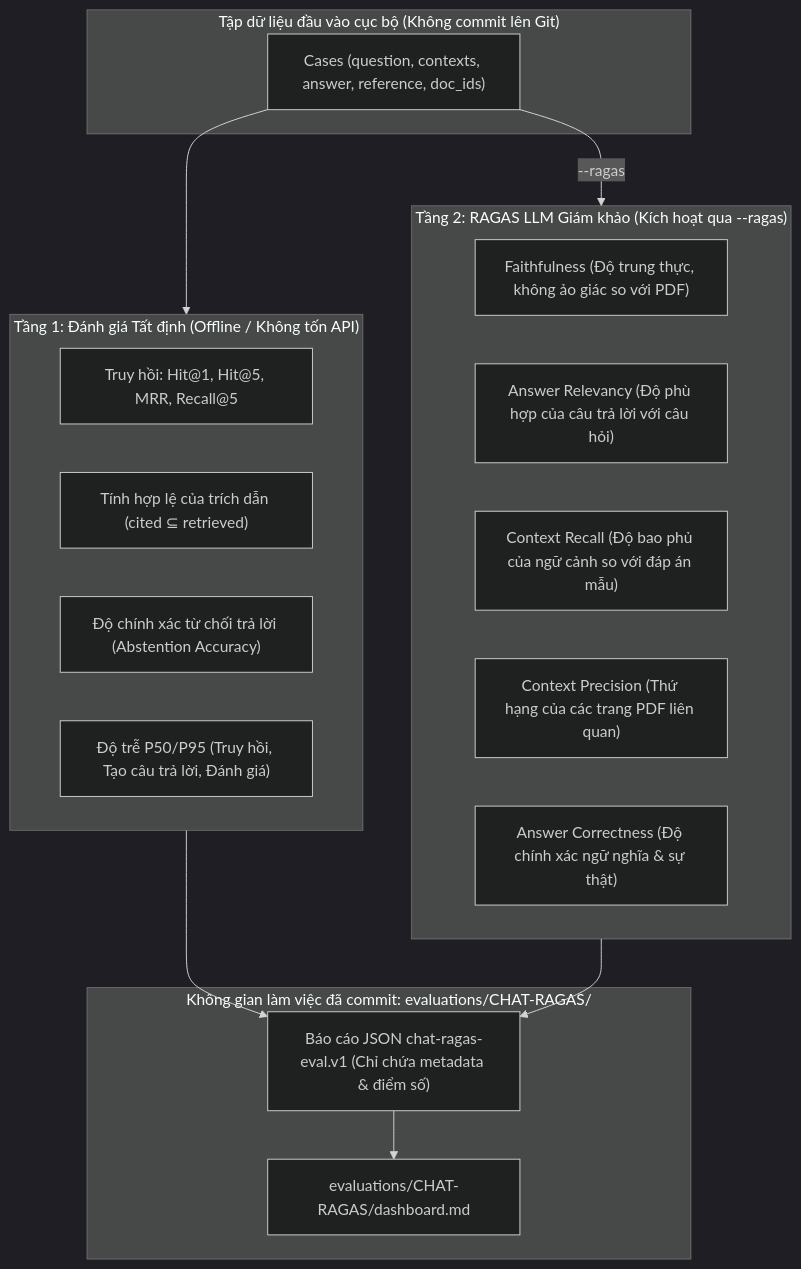
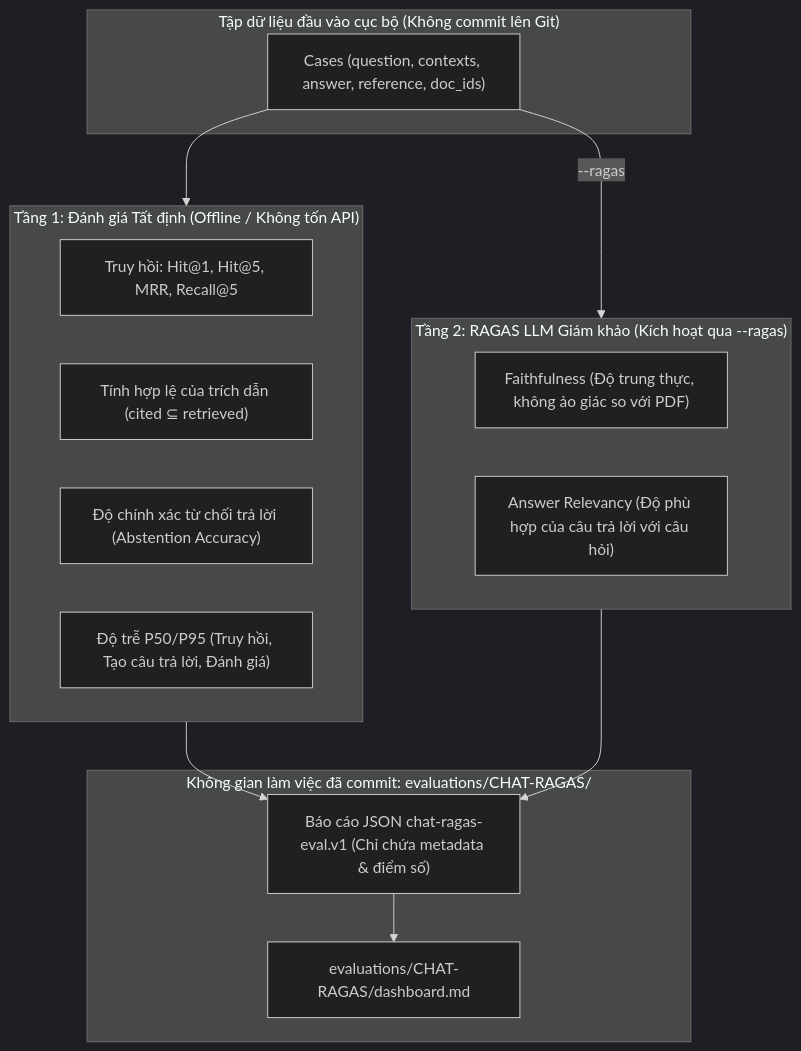
One commit to MathematicGuy/EMAIL-AGENT-v1 changed the diagram in tasks/specs/SPEC-chat-ragas-evaluation.md. Above: the diagram before and after it, drawn with Mermaid (dark theme). The commit also changed other lines of this file and 7 other files, not shown here.

````diff
--- a/tasks/specs/SPEC-chat-ragas-evaluation.md
+++ b/tasks/specs/SPEC-chat-ragas-evaluation.md
@@ -44,32 +44,29 @@
 ```mermaid
 flowchart TD
     subgraph Input ["Tập dữ liệu đầu vào cục bộ (Không commit lên Git)"]
         Cases["Cases (question, contexts, answer, reference, doc_ids)"]
     end
 
     subgraph Tier1 ["Tầng 1: Đánh giá Tất định (Offline / Không tốn API)"]
         RetMetrics["Truy hồi: Hit@1, Hit@5, MRR, Recall@5"]
         CiteMetrics["Tính hợp lệ của trích dẫn (cited ⊆ retrieved)"]
         AbstainMetrics["Độ chính xác từ chối trả lời (Abstention Accuracy)"]
         LatencyMetrics["Độ trễ P50/P95 (Truy hồi, Tạo câu trả lời, Đánh giá)"]
     end
 
     subgraph Tier2 ["Tầng 2: RAGAS LLM Giám khảo (Kích hoạt qua --ragas)"]
         Faith["Faithfulness (Độ trung thực, không ảo giác so với PDF)"]
         Relevancy["Answer Relevancy (Độ phù hợp của câu trả lời với câu hỏi)"]
-        CtxRecall["Context Recall (Độ bao phủ của ngữ cảnh so với đáp án mẫu)"]
-        CtxPrecision["Context Precision (Thứ hạng của các trang PDF liên quan)"]
-        AnsCorrect["Answer Correctness (Độ chính xác ngữ nghĩa & sự thật)"]
     end
 
     subgraph Output ["Không gian làm việc đã commit: evaluations/CHAT-RAGAS/"]
         Report["Báo cáo JSON chat-ragas-eval.v1 (Chỉ chứa metadata & điểm số)"]
         Dashboard["evaluations/CHAT-RAGAS/dashboard.md"]
     end
 
     Cases --> Tier1
     Cases -->|"--ragas"| Tier2
     Tier1 --> Report
     Tier2 --> Report
     Report --> Dashboard
 ```
````
